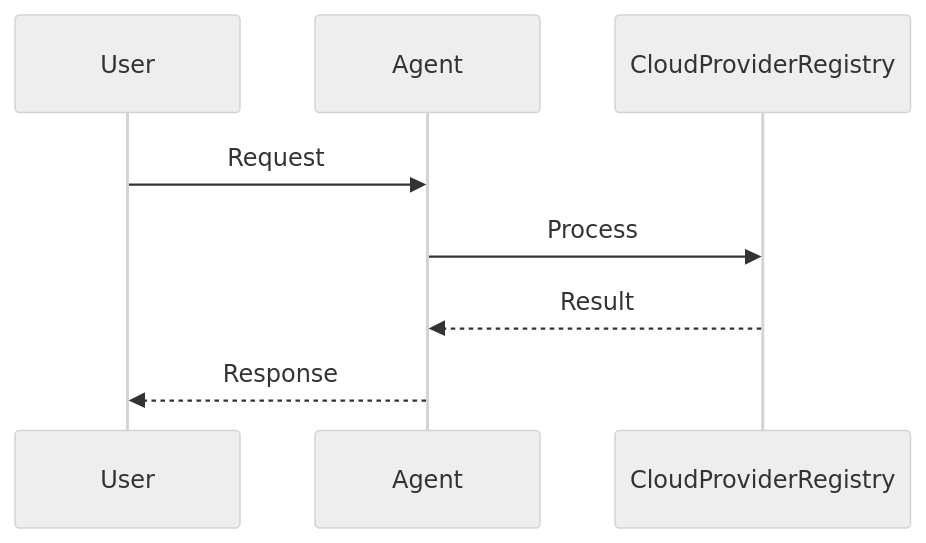
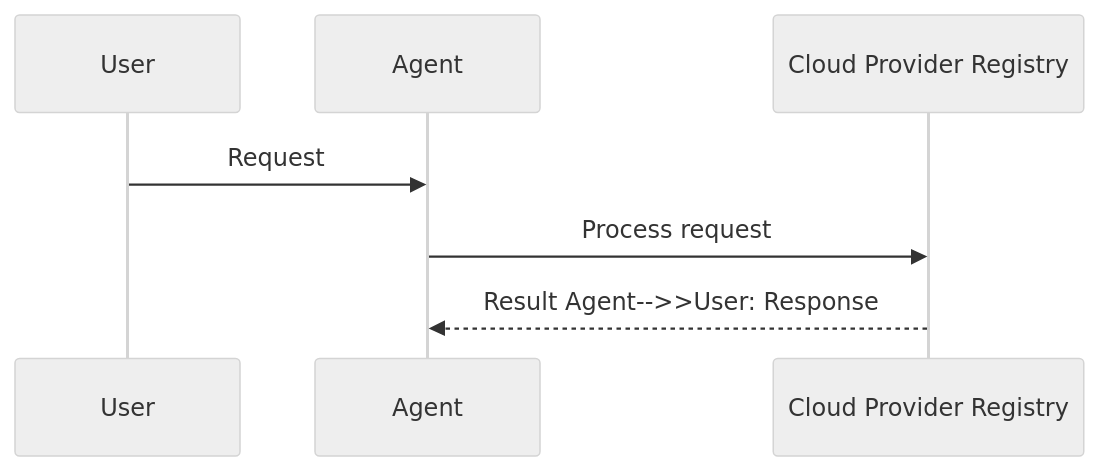
One commit to MervinPraison/PraisonAIDocs changed the second of 2 diagrams in docs/features/cloud-provider-registry.mdx. Above: the diagram before and after it, drawn with Mermaid (neutral theme). The commit also changed 204 other files, not shown here.

First line of the commit message:
docs: align feature/tool pages with AGENTS.md hero, sequence, and import standards (#1777)

````diff
--- a/docs/features/cloud-provider-registry.mdx
+++ b/docs/features/cloud-provider-registry.mdx
@@ -40,11 +40,10 @@
 ```mermaid
 sequenceDiagram
     participant User
     participant Agent
-    participant CloudProviderRegistry
+    participant Feature as Cloud Provider Registry
 
     User->>Agent: Request
-    Agent->>CloudProviderRegistry: Process
-    CloudProviderRegistry-->>Agent: Result
-    Agent-->>User: Response
+    Agent->>Feature: Process request
+    Feature-->>Agent: Result    Agent-->>User: Response
 ```
````
